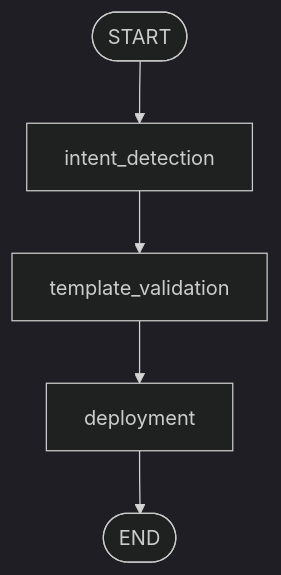
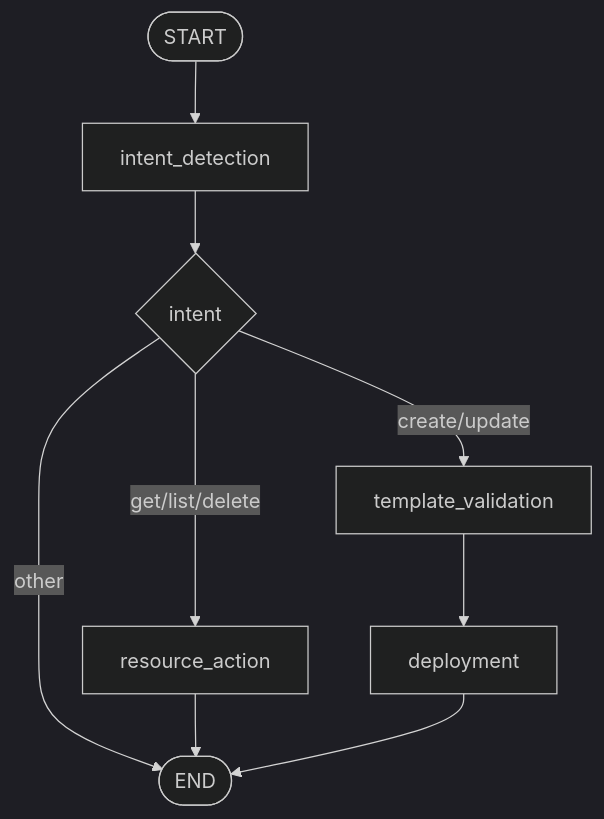
One commit to eosho/ARMA changed the fifth of 5 diagrams in README.md. Above: the diagram before and after it, drawn with Mermaid (dark theme). The commit also changed other lines of this file and 6 other files, not shown here.

````diff
--- a/README.md
+++ b/README.md
@@ -150,7 +187,11 @@
 ```mermaid
 flowchart TD
     START([START]) --> intent_detection
-    intent_detection --> template_validation
+    intent_detection --> decision{intent}
+    decision -- get/list/delete --> resource_action
+    decision -- create/update --> template_validation
+    decision -- other --> END([END])
+    resource_action --> END([END])
     template_validation --> deployment
     deployment --> END([END])
 ```
````
